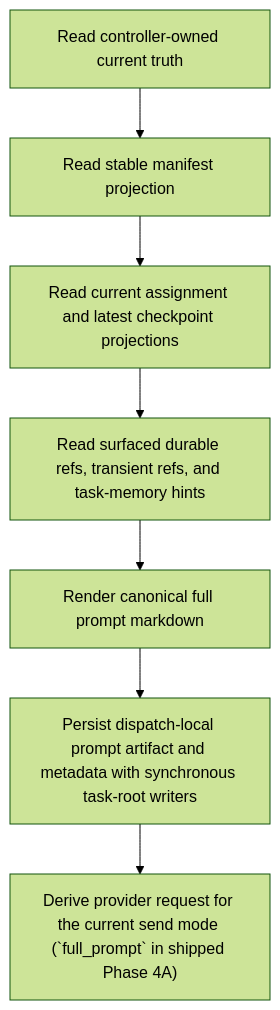
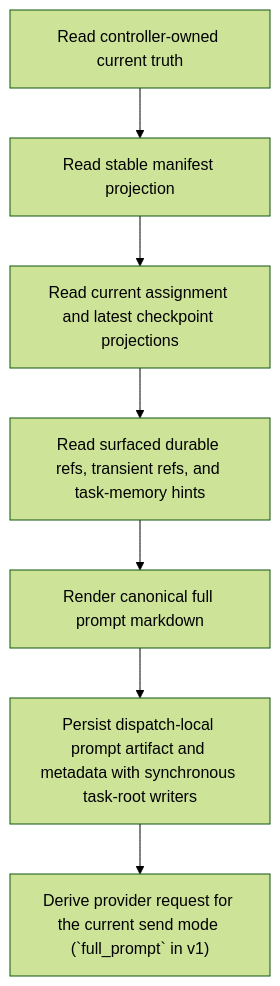
One commit to ringlochid/AutoClaw changed the diagram in docs-internal/design/v1/prompt-layer/render-and-persistence.md. Above: the diagram before and after it, drawn with Mermaid (forest theme). The commit also changed other lines of this file and 120 other files, not shown here.

````diff
--- a/docs-internal/design/v1/prompt-layer/render-and-persistence.md
+++ b/docs-internal/design/v1/prompt-layer/render-and-persistence.md
@@ -9,9 +9,9 @@
 ```mermaid
 flowchart TD
     A["Read controller-owned current truth"] --> B["Read stable manifest projection"]
     B --> C["Read current assignment and latest checkpoint projections"]
     C --> D["Read surfaced durable refs, transient refs, and task-memory hints"]
     D --> E["Render canonical full prompt markdown"]
     E --> F["Persist dispatch-local prompt artifact and metadata with synchronous task-root writers"]
-    F --> G["Derive provider request for the current send mode (`full_prompt` in shipped Phase 4A)"]
+    F --> G["Derive provider request for the current send mode (`full_prompt` in v1)"]
 ```
````
